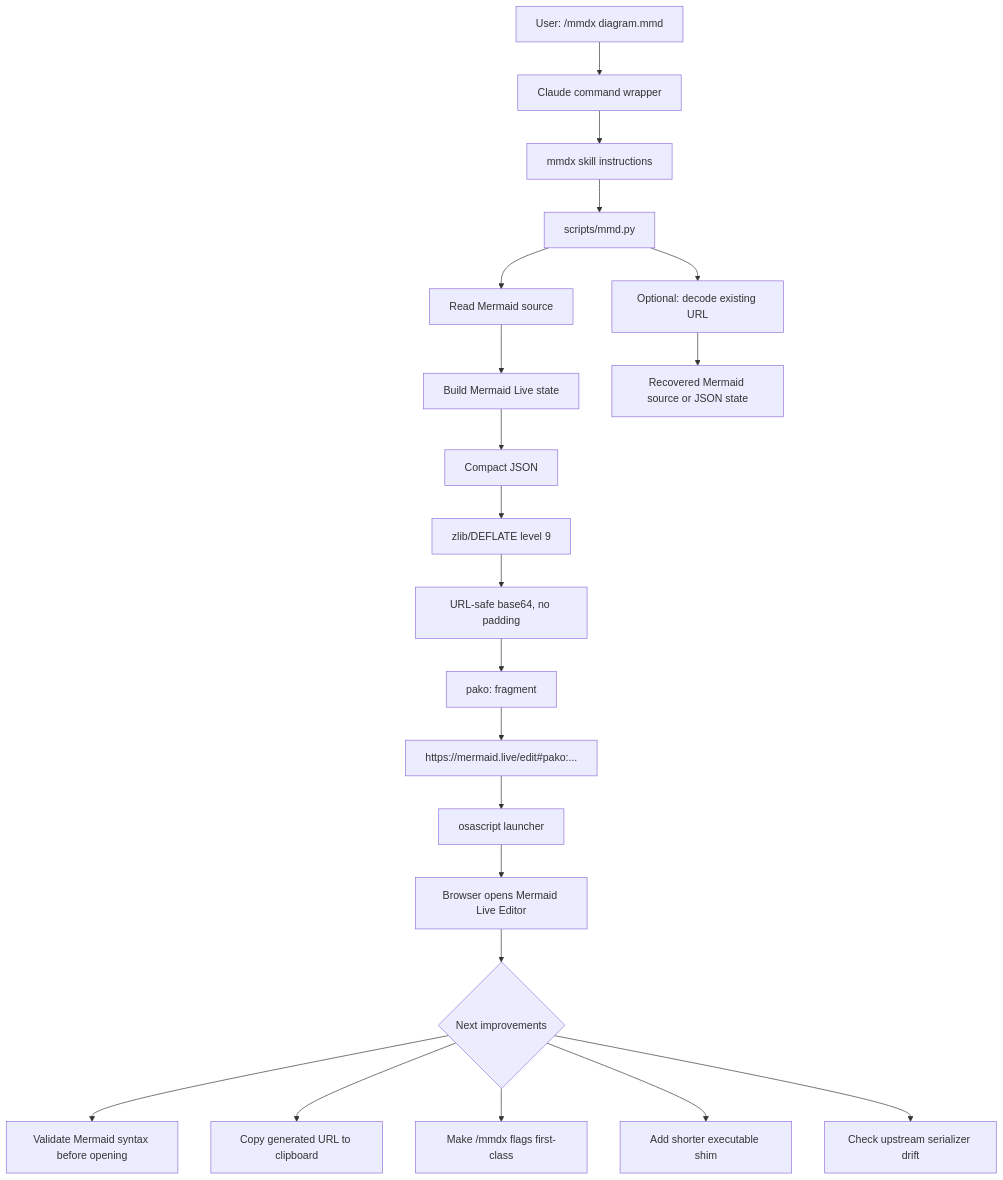
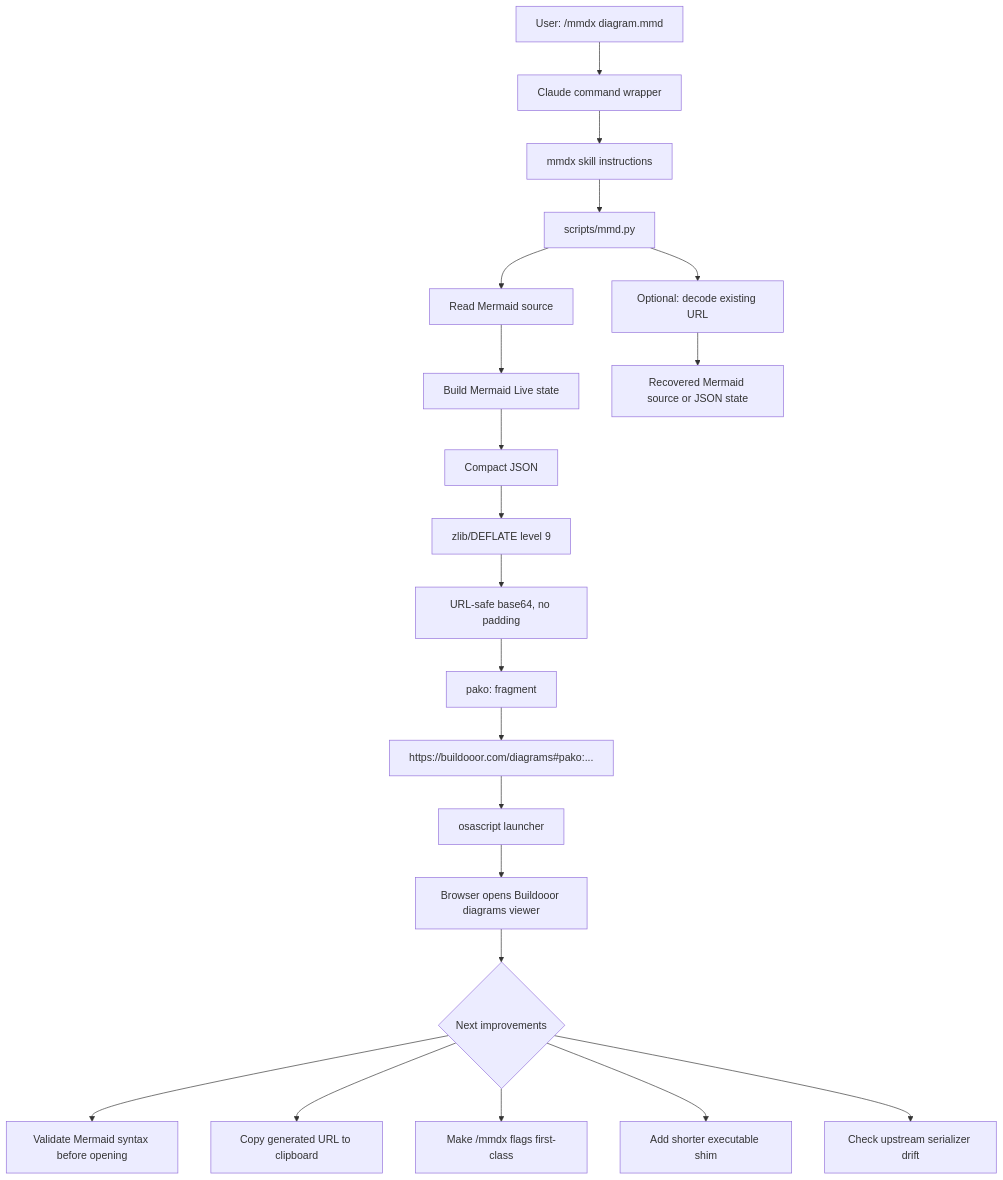
One commit to build000r/skills changed the diagram in mmdx/examples/mmdx-skill-flow.mmd. Above: the diagram before and after it, drawn with Mermaid. The commit also changed 10 other files, not shown here.

```diff
--- a/mmdx/examples/mmdx-skill-flow.mmd
+++ b/mmdx/examples/mmdx-skill-flow.mmd
@@ -1,24 +1,24 @@
 flowchart TD
   request["User: /mmdx diagram.mmd"] --> command["Claude command wrapper"]
   command --> skill["mmdx skill instructions"]
   skill --> script["scripts/mmd.py"]
 
   script --> read["Read Mermaid source"]
   read --> state["Build Mermaid Live state"]
   state --> json["Compact JSON"]
   json --> deflate["zlib/DEFLATE level 9"]
   deflate --> b64["URL-safe base64, no padding"]
   b64 --> fragment["pako: fragment"]
-  fragment --> url["https://mermaid.live/edit#pako:..."]
+  fragment --> url["https://buildooor.com/diagrams#pako:..."]
   url --> applescript["osascript launcher"]
-  applescript --> browser["Browser opens Mermaid Live Editor"]
+  applescript --> browser["Browser opens Buildooor diagrams viewer"]
 
   script --> decode["Optional: decode existing URL"]
   decode --> source["Recovered Mermaid source or JSON state"]
 
   browser --> improve{"Next improvements"}
   improve --> validate["Validate Mermaid syntax before opening"]
   improve --> clipboard["Copy generated URL to clipboard"]
   improve --> args["Make /mmdx flags first-class"]
   improve --> shim["Add shorter executable shim"]
   improve --> drift["Check upstream serializer drift"]
```
